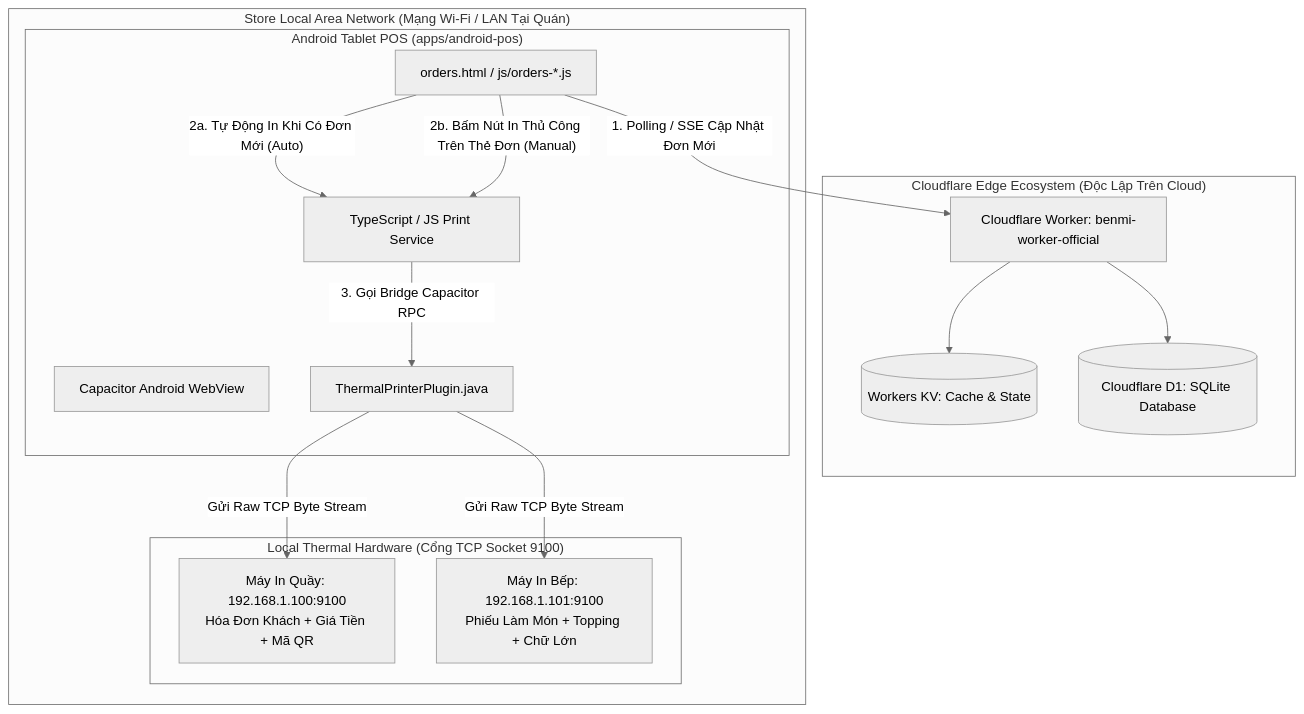
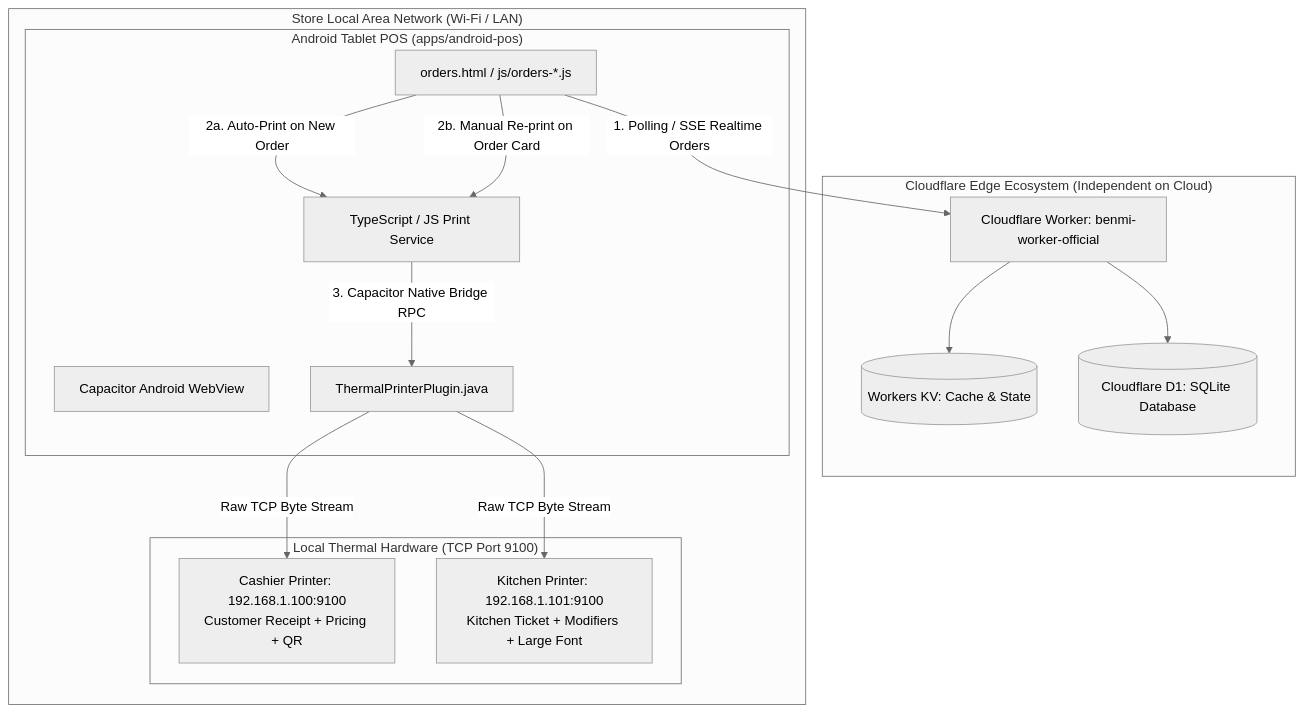
The diagram in docs/proposals/android_pos_capacitor_thermal_printer/pdp_android_pos_capacitor_thermal_printer.md (Thuanmai56/benmi-order), drawn with Mermaid (neutral theme) before and after one commit. The commit also changed other lines of this file, not shown here.

Commit message:
docs(pdp): rewrite Android POS and thermal printer proposal in English

````diff
--- a/docs/proposals/android_pos_capacitor_thermal_printer/pdp_android_pos_capacitor_thermal_printer.md
+++ b/docs/proposals/android_pos_capacitor_thermal_printer/pdp_android_pos_capacitor_thermal_printer.md
@@ -36,32 +36,32 @@
 ```mermaid
 graph TD
-    subgraph CloudflareEdge ["Cloudflare Edge Ecosystem (Độc Lập Trên Cloud)"]
+    subgraph CloudflareEdge ["Cloudflare Edge Ecosystem (Independent on Cloud)"]
         Worker["Cloudflare Worker: benmi-worker-official"]
         KV[("Workers KV: Cache & State")]
         D1[("Cloudflare D1: SQLite Database")]
         Worker --> KV
         Worker --> D1
     end
 
-    subgraph StoreLAN ["Store Local Area Network (Mạng Wi-Fi / LAN Tại Quán)"]
+    subgraph StoreLAN ["Store Local Area Network (Wi-Fi / LAN)"]
         subgraph TabletPOS ["Android Tablet POS (apps/android-pos)"]
             WebView["Capacitor Android WebView"]
             PosUI["orders.html / js/orders-*.js"]
             PrintBridge["TypeScript / JS Print Service"]
             NativePlugin["ThermalPrinterPlugin.java"]
             
-            PosUI -->|"1. Polling / SSE Cập Nhật Đơn Mới"| Worker
-            PosUI -->|"2a. Tự Động In Khi Có Đơn Mới (Auto)"| PrintBridge
-            PosUI -->|"2b. Bấm Nút In Thủ Công Trên Thẻ Đơn (Manual)"| PrintBridge
-            PrintBridge -->|"3. Gọi Bridge Capacitor RPC"| NativePlugin
+            PosUI -->|"1. Polling / SSE Realtime Orders"| Worker
+            PosUI -->|"2a. Auto-Print on New Order"| PrintBridge
+            PosUI -->|"2b. Manual Re-print on Order Card"| PrintBridge
+            PrintBridge -->|"3. Capacitor Native Bridge RPC"| NativePlugin
         end
 
-        subgraph LocalPrinters ["Local Thermal Hardware (Cổng TCP Socket 9100)"]
-            CashierPrinter["Máy In Quầy: 192.168.1.100:9100<br>Hóa Đơn Khách + Giá Tiền + Mã QR"]
-            KitchenPrinter["Máy In Bếp: 192.168.1.101:9100<br>Phiếu Làm Món + Topping + Chữ Lớn"]
+        subgraph LocalPrinters ["Local Thermal Hardware (TCP Port 9100)"]
+            CashierPrinter["Cashier Printer: 192.168.1.100:9100<br>Customer Receipt + Pricing + QR"]
+            KitchenPrinter["Kitchen Printer: 192.168.1.101:9100<br>Kitchen Ticket + Modifiers + Large Font"]
         end
 
-        NativePlugin -->|"Gửi Raw TCP Byte Stream"| CashierPrinter
-        NativePlugin -->|"Gửi Raw TCP Byte Stream"| KitchenPrinter
+        NativePlugin -->|"Raw TCP Byte Stream"| CashierPrinter
+        NativePlugin -->|"Raw TCP Byte Stream"| KitchenPrinter
     end
 ```
````
